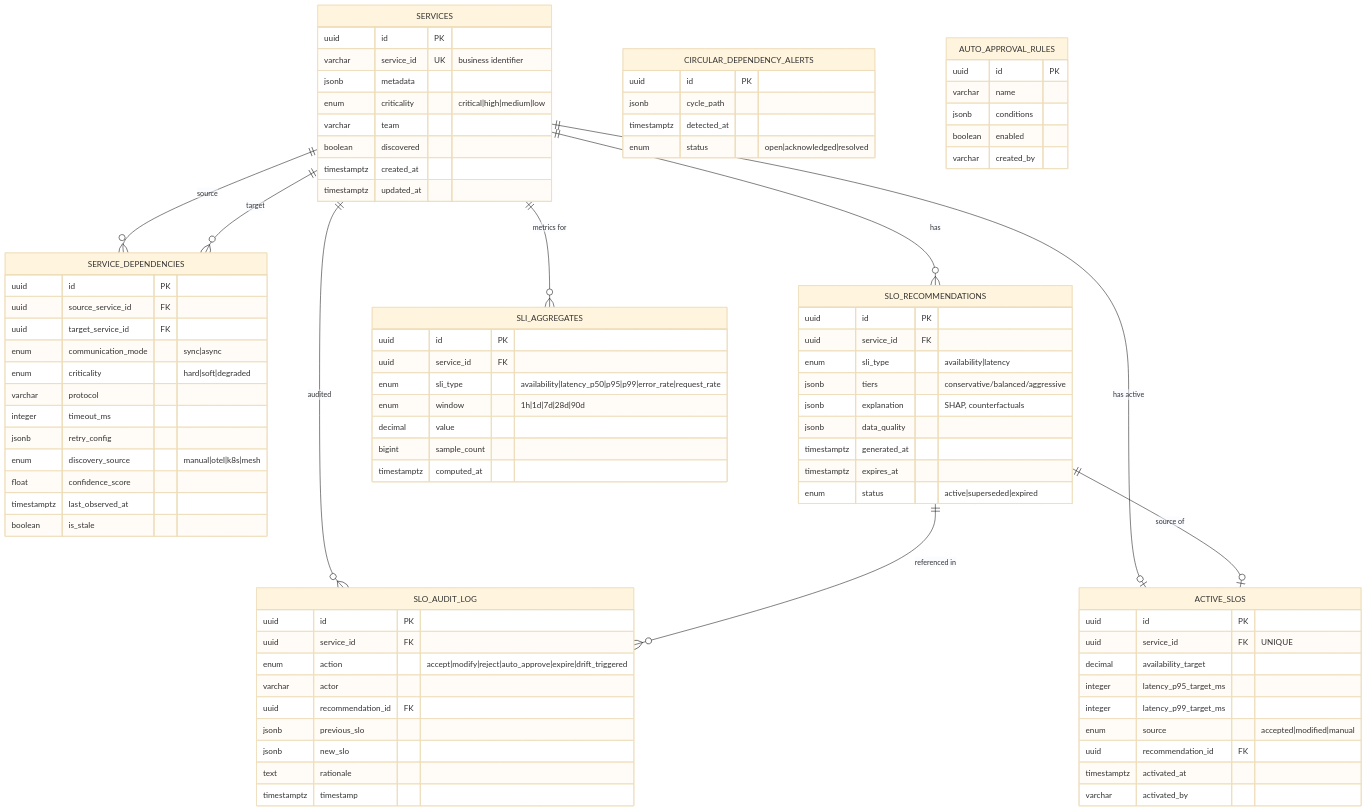
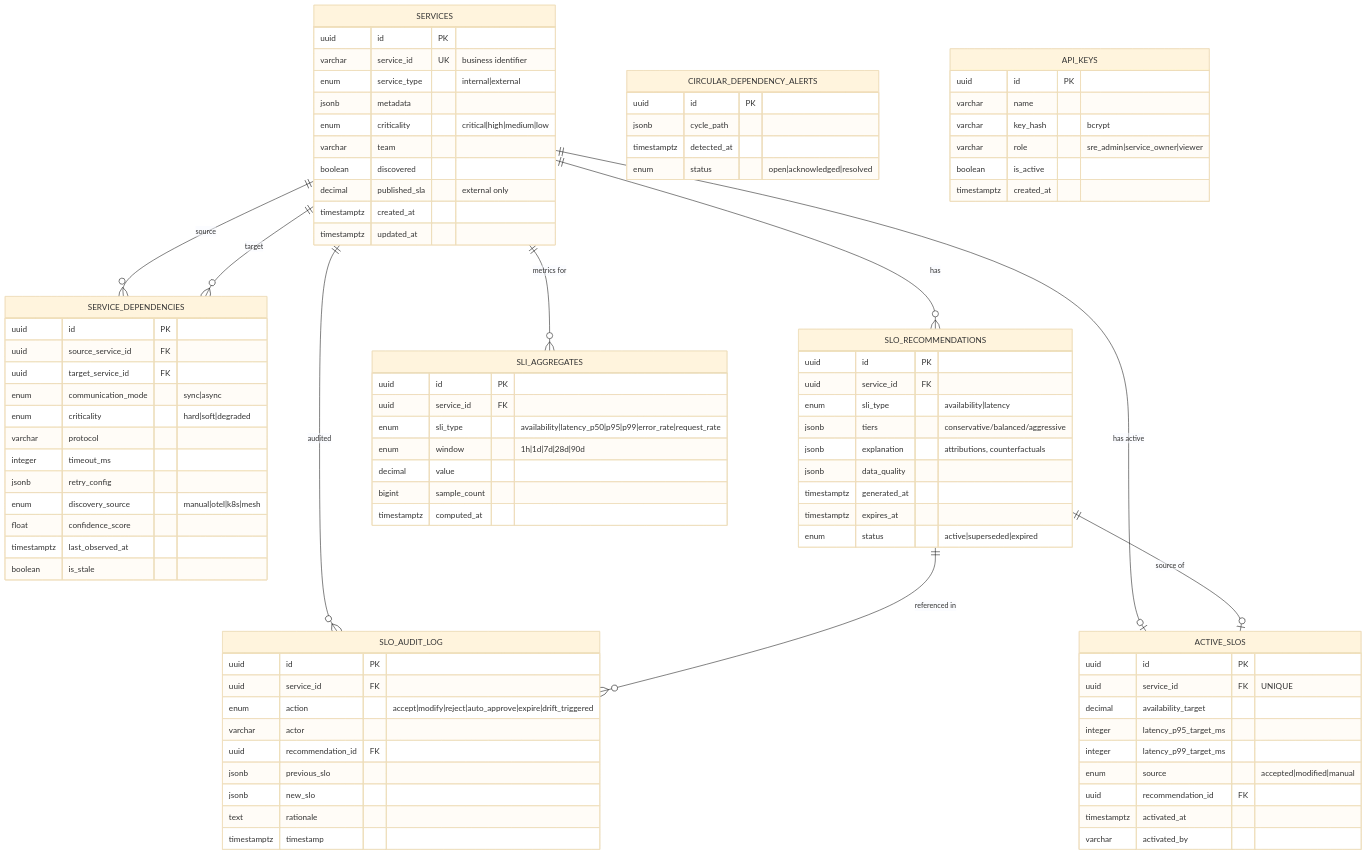
The third of 8 diagrams in docs/2_architecture/system_design.md (anant-gupta-utexas/slo-recommendation-engine), drawn with Mermaid (base theme) before and after one commit. The commit also changed other lines of this file, not shown here.

```diff
--- a/docs/2_architecture/system_design.md
+++ b/docs/2_architecture/system_design.md
@@ -180,10 +185,12 @@
     SERVICES {
         uuid id PK
         varchar service_id UK "business identifier"
+        enum service_type "internal|external"
         jsonb metadata
         enum criticality "critical|high|medium|low"
         varchar team
         boolean discovered
+        decimal published_sla "external only"
         timestamptz created_at
         timestamptz updated_at
     }
@@ -208,7 +215,7 @@
         uuid service_id FK
         enum sli_type "availability|latency"
         jsonb tiers "conservative/balanced/aggressive"
-        jsonb explanation "SHAP, counterfactuals"
+        jsonb explanation "attributions, counterfactuals"
         jsonb data_quality
         timestamptz generated_at
         timestamptz expires_at
@@ -256,12 +263,13 @@
         enum status "open|acknowledged|resolved"
     }
 
-    AUTO_APPROVAL_RULES {
+    API_KEYS {
         uuid id PK
         varchar name
-        jsonb conditions
-        boolean enabled
-        varchar created_by
+        varchar key_hash "bcrypt"
+        varchar role "sre_admin|service_owner|viewer"
+        boolean is_active
+        timestamptz created_at
     }
 
     SERVICES ||--o{ SERVICE_DEPENDENCIES : "source"
```
